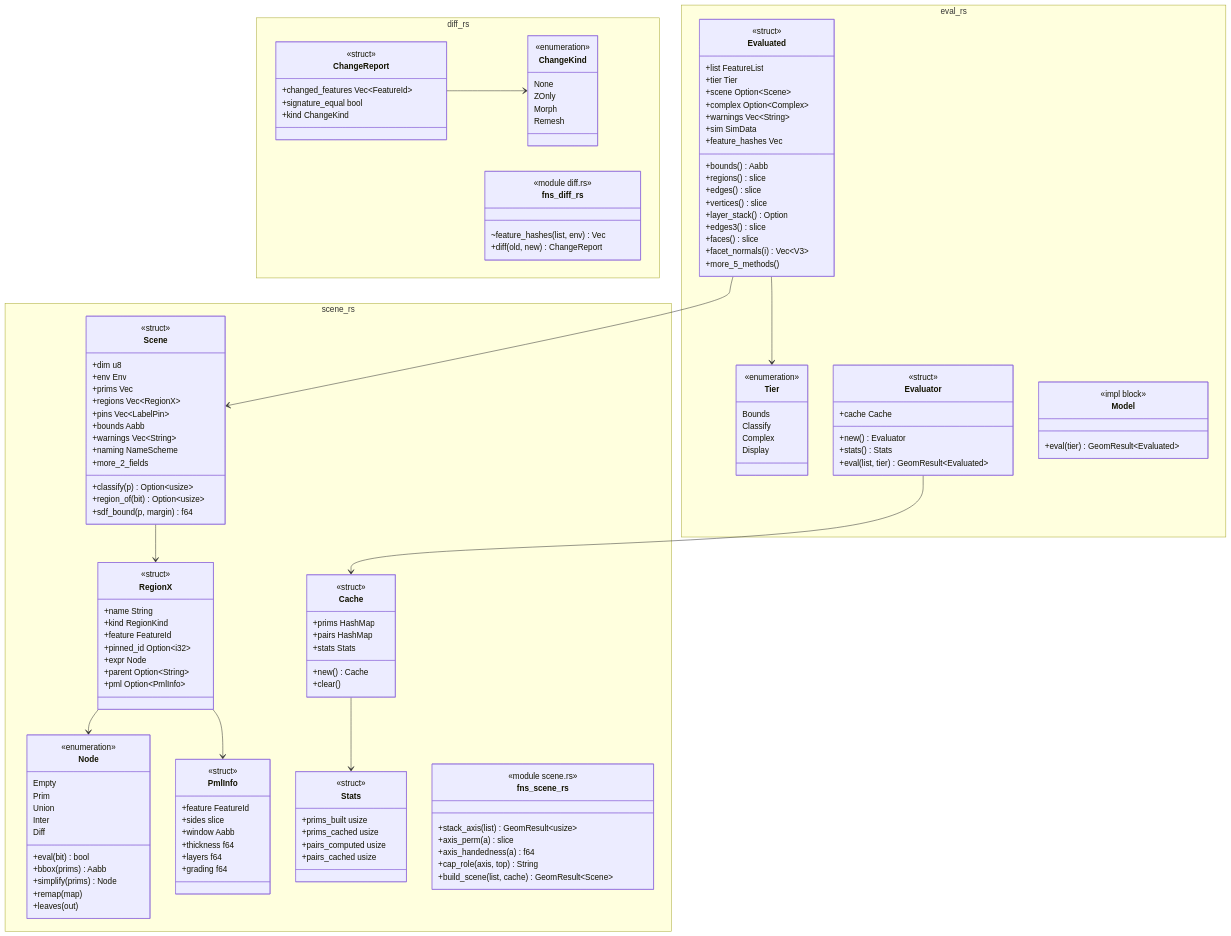
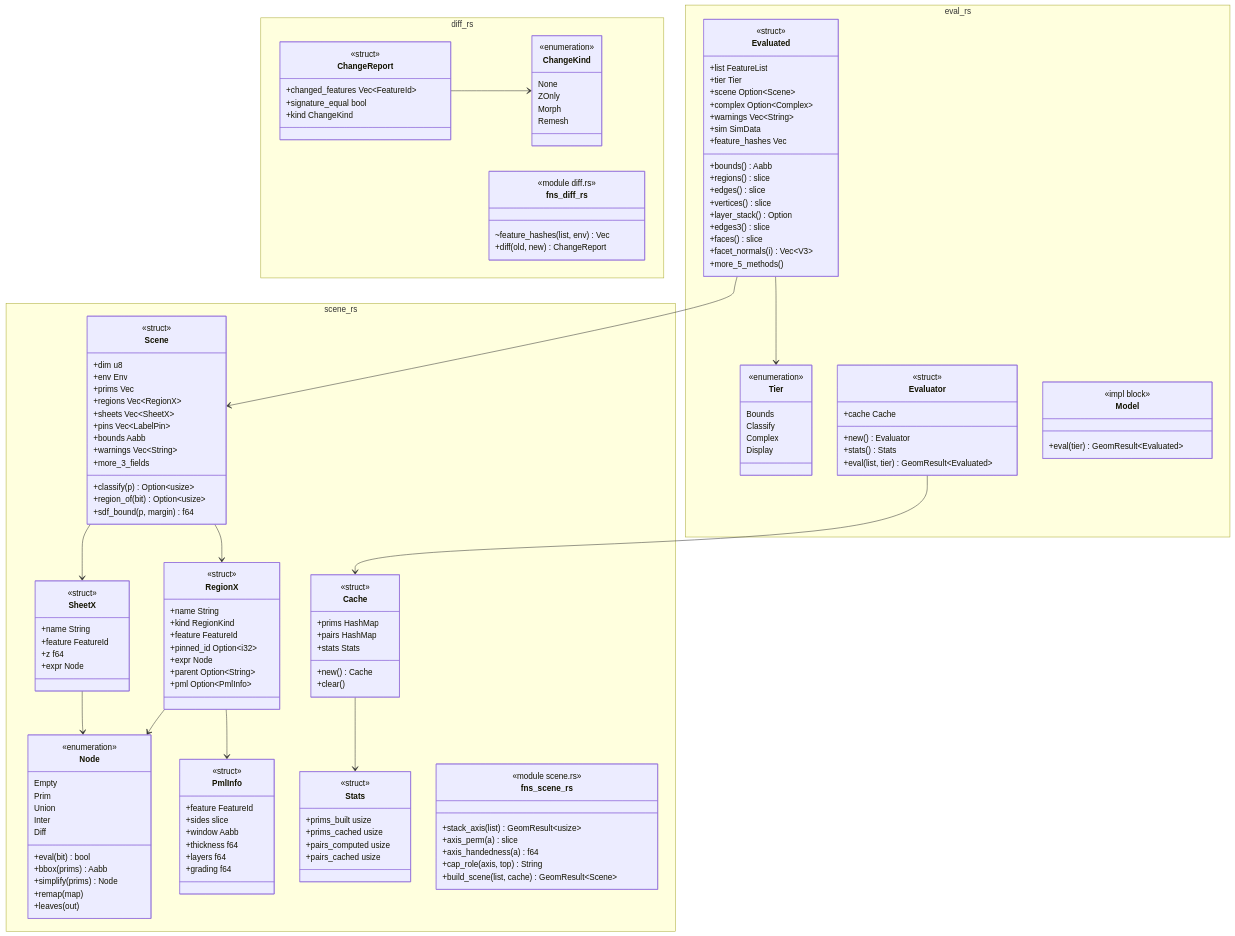
One commit to p-j-r/nyx changed the diagram in docs/architecture/c4/4-code/geom/evaluation.md. Above: the diagram before and after it, drawn with Mermaid. The commit also changed other lines of this file and 208 other files, not shown here.

````diff
--- a/docs/architecture/c4/4-code/geom/evaluation.md
+++ b/docs/architecture/c4/4-code/geom/evaluation.md
@@ -137,17 +137,24 @@
         +parent Option~String~
         +pml Option~PmlInfo~
     }
+    class SheetX {
+        <<struct>>
+        +name String
+        +feature FeatureId
+        +z f64
+        +expr Node
+    }
     class Scene {
         <<struct>>
         +dim u8
         +env Env
         +prims Vec
         +regions Vec~RegionX~
+        +sheets Vec~SheetX~
         +pins Vec~LabelPin~
         +bounds Aabb
         +warnings Vec~String~
-        +naming NameScheme
-        +more_2_fields
+        +more_3_fields
         +classify(p) Option~usize~
         +region_of(bit) Option~usize~
         +sdf_bound(p, margin) f64
@@ -182,6 +189,8 @@
   Evaluator --> Cache
   RegionX --> Node
   RegionX --> PmlInfo
+  SheetX --> Node
   Scene --> RegionX
+  Scene --> SheetX
   Cache --> Stats
 ```
````
